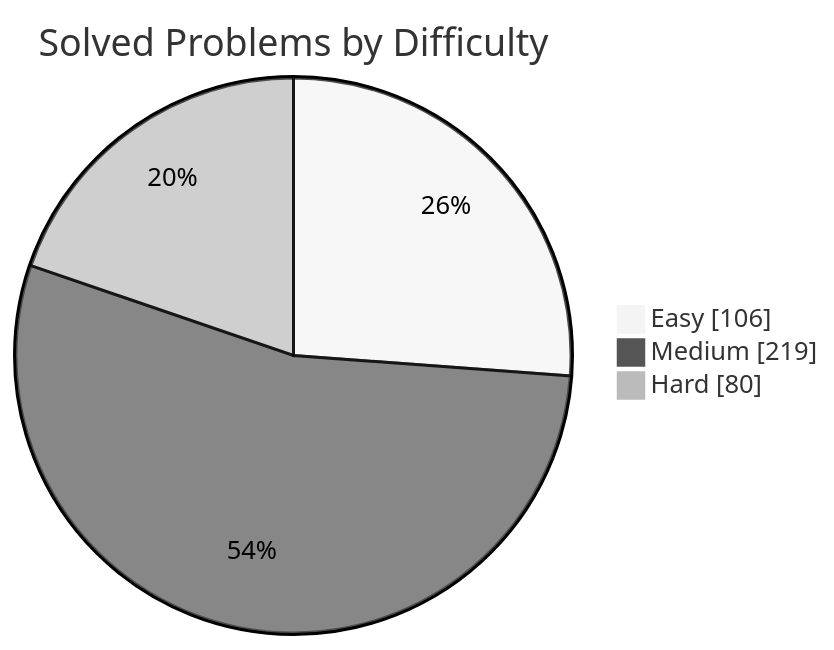
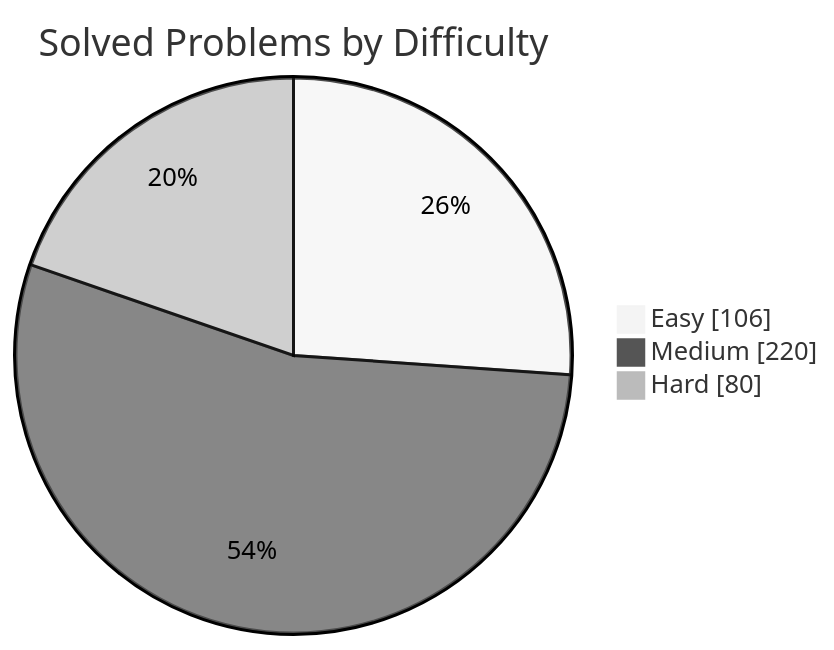
One commit to manikantbindass/DSA-Preparation-FAANG changed the first of 2 diagrams in README.md. Above: the diagram before and after it, drawn with Mermaid (neutral theme). The commit also changed other lines of this file and 1 other file, not shown here.

````diff
--- a/README.md
+++ b/README.md
@@ -77,7 +77,7 @@
 ```mermaid
 pie showData
     title Solved Problems by Difficulty
     "Easy" : 106
-    "Medium" : 219
+    "Medium" : 220
     "Hard" : 80
 ```
````
